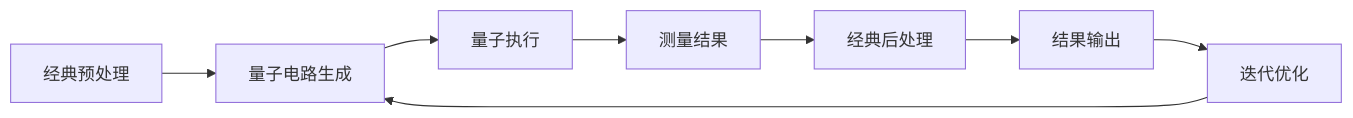
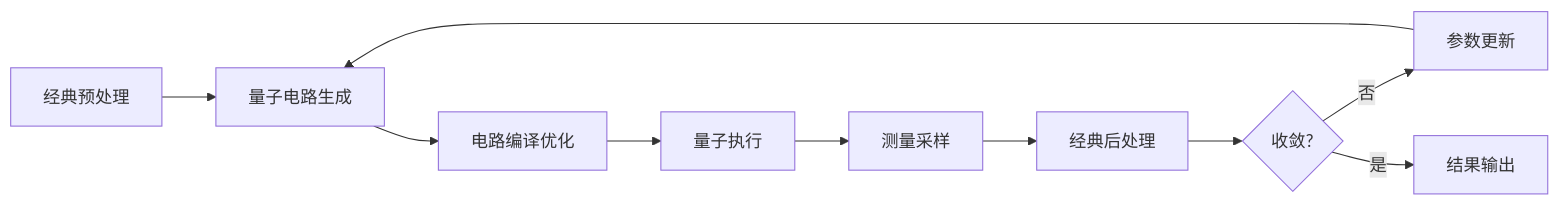
Before and after one commit to kudig-io/kudig-database: the second of 3 diagrams in topic-application-architecture/68-quantum-computing-cloud.md, drawn with Mermaid. The commit also changed other lines of this file and 8633 other files, not shown here.

````diff
--- a/topic-application-architecture/68-quantum-computing-cloud.md
+++ b/topic-application-architecture/68-quantum-computing-cloud.md
@@ -132,10 +168,12 @@
 ```mermaid
 flowchart LR
     A[经典预处理] --> B[量子电路生成]
-    B --> C[量子执行]
-    C --> D[测量结果]
-    D --> E[经典后处理]
-    E --> F[结果输出]
-    F --> G[迭代优化]
-    G --> B
+    B --> C[电路编译优化]
+    C --> D[量子执行]
+    D --> E[测量采样]
+    E --> F[经典后处理]
+    F --> G{收敛?}
+    G -->|否| H[参数更新]
+    H --> B
+    G -->|是| I[结果输出]
 ```
````
